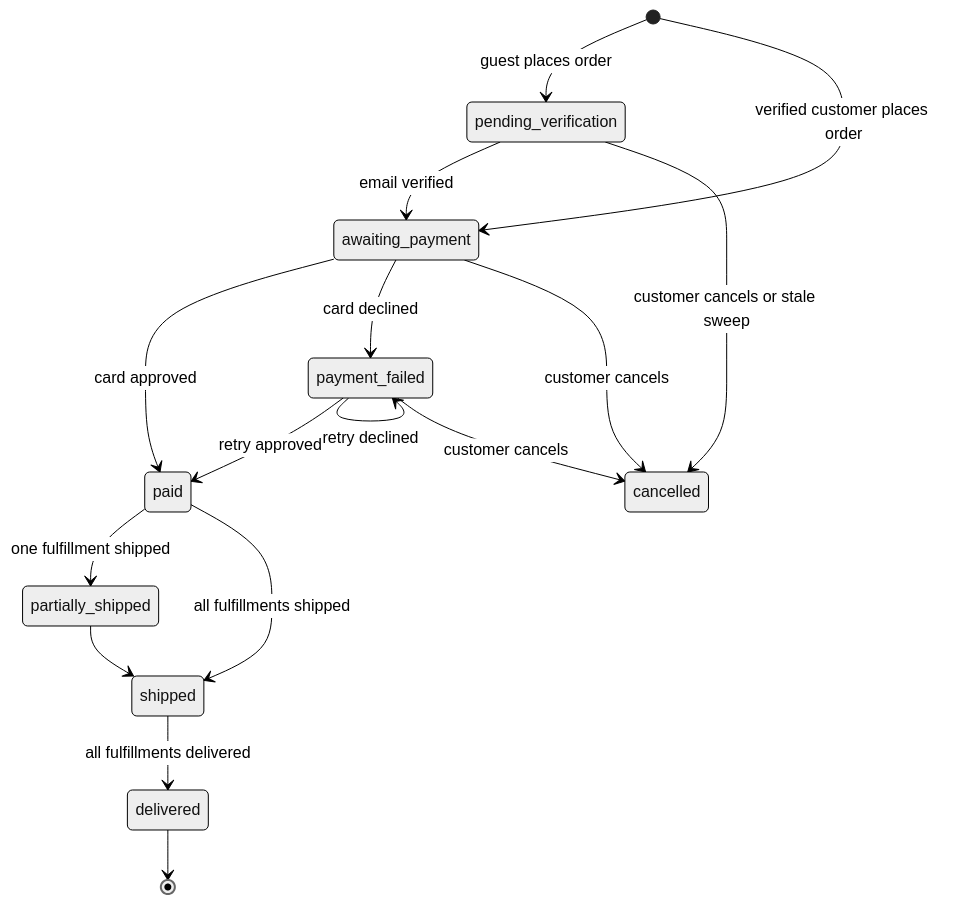
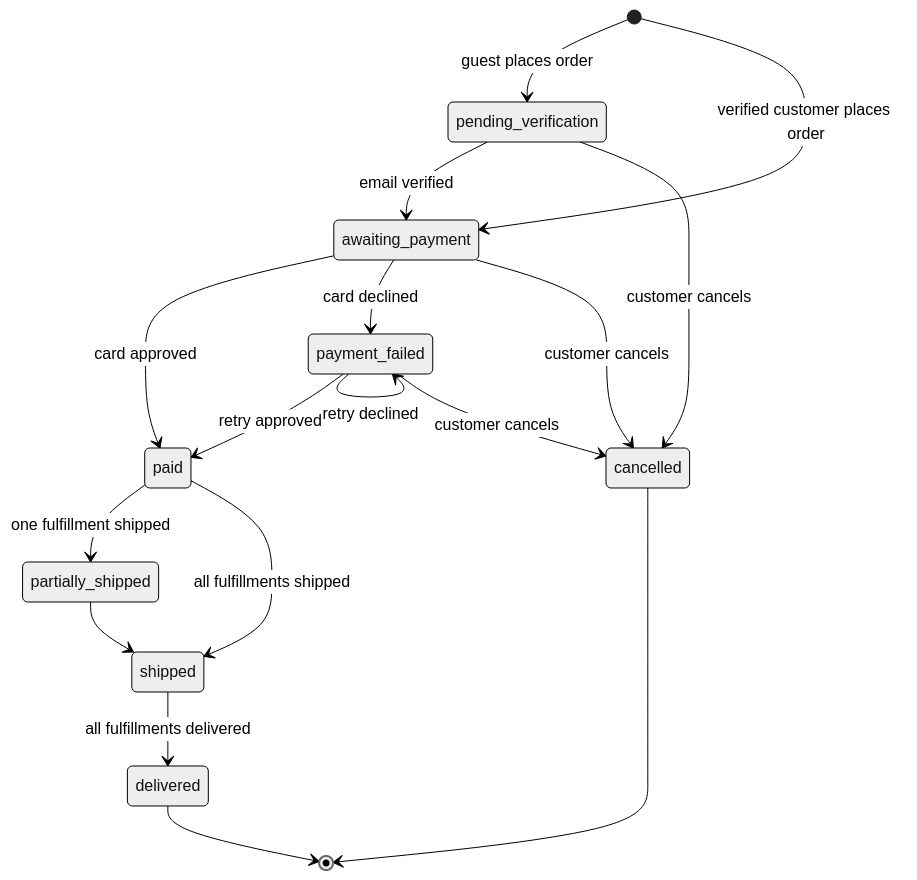
The fourth of 4 diagrams in prototype/node/docs/architecture.md (jonathan-beebe/art-store), drawn with Mermaid (neutral theme) before and after one commit. The commit also changed other lines of this file and 12 other files, not shown here.

First line of the commit message:
docs(node): FEAT-009 correct architecture.md against the code and add the feature, data-model and ontology docs

````diff
--- a/prototype/node/docs/architecture.md
+++ b/prototype/node/docs/architecture.md
@@ -181,18 +259,19 @@
 ```mermaid
 stateDiagram-v2
     [*] --> pending_verification : guest places order
     [*] --> awaiting_payment : verified customer places order
     pending_verification --> awaiting_payment : email verified
+    pending_verification --> cancelled : customer cancels
     awaiting_payment --> paid : card approved
     awaiting_payment --> payment_failed : card declined
+    awaiting_payment --> cancelled : customer cancels
     payment_failed --> paid : retry approved
     payment_failed --> payment_failed : retry declined
+    payment_failed --> cancelled : customer cancels
     paid --> partially_shipped : one fulfillment shipped
     paid --> shipped : all fulfillments shipped
     partially_shipped --> shipped
     shipped --> delivered : all fulfillments delivered
     delivered --> [*]
-    pending_verification --> cancelled : customer cancels or stale sweep
-    awaiting_payment --> cancelled : customer cancels
-    payment_failed --> cancelled : customer cancels
+    cancelled --> [*]
 ```
````
